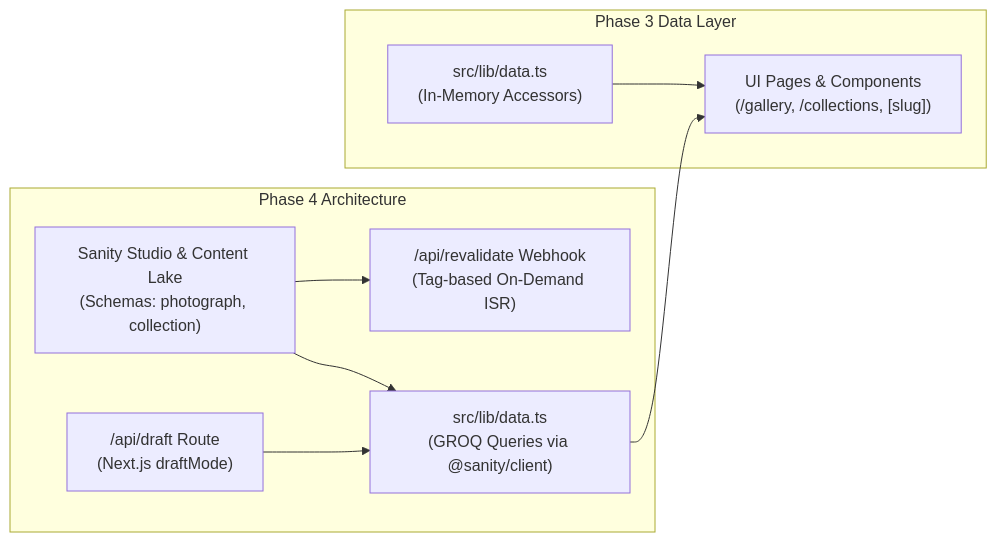
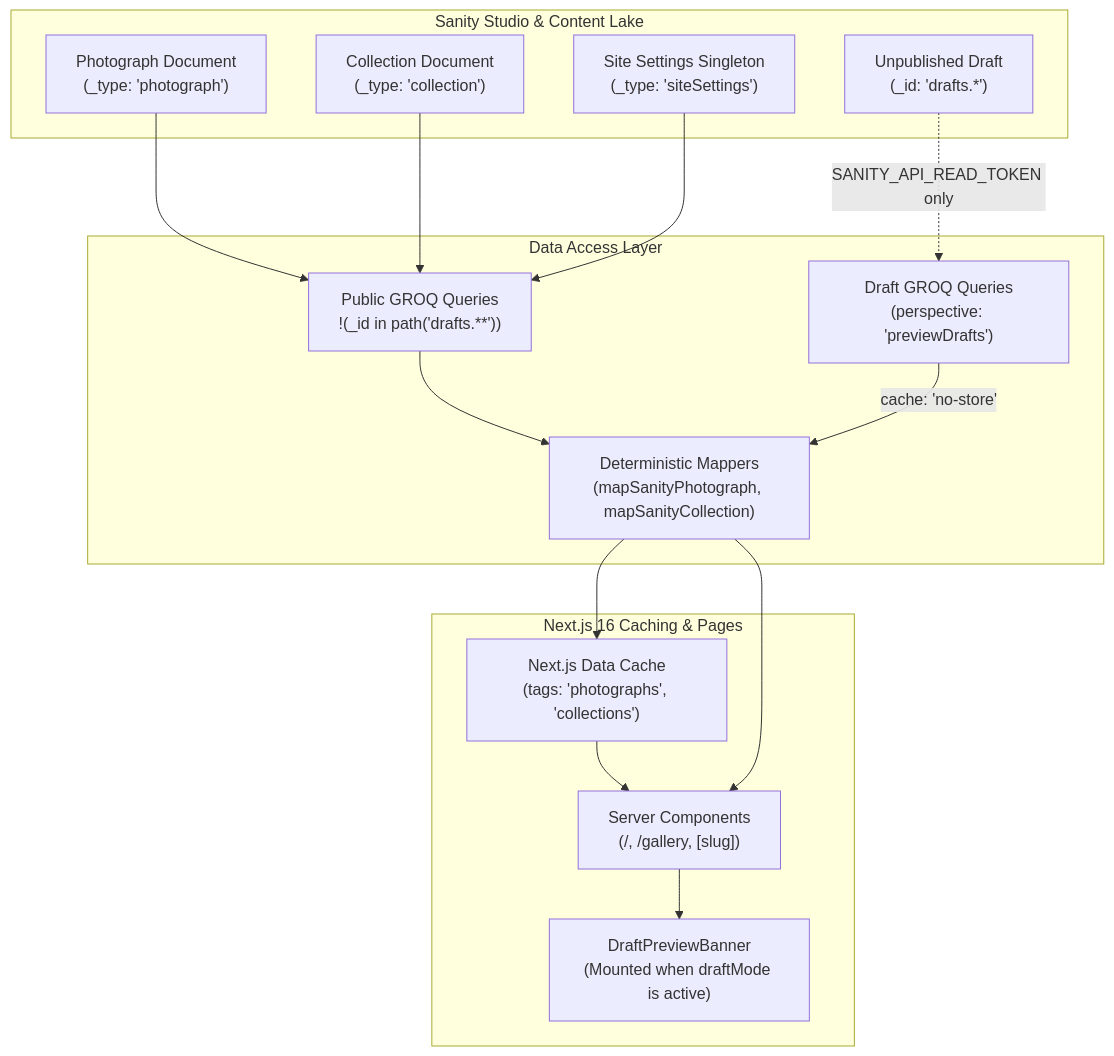
One commit to imharikrishnan/photography-portfolio changed the diagram in PROJECT_CONTEXT.md. Above: the diagram before and after it, drawn with Mermaid. The commit also changed other lines of this file and 45 other files, not shown here.

````diff
--- a/PROJECT_CONTEXT.md
+++ b/PROJECT_CONTEXT.md
@@ -251,19 +152,30 @@
 ```mermaid
-flowchart LR
-    subgraph Phase 3 Data Layer
-        M["src/lib/data.ts<br/>(In-Memory Accessors)"]
-        UI["UI Pages & Components<br/>(/gallery, /collections, [slug])"]
-        M --> UI
+flowchart TD
+    subgraph Sanity Studio & Content Lake
+        DocPhoto["Photograph Document<br/>(_type: 'photograph')"]
+        DocCol["Collection Document<br/>(_type: 'collection')"]
+        DocSite["Site Settings Singleton<br/>(_type: 'siteSettings')"]
+        DraftDoc["Unpublished Draft<br/>(_id: 'drafts.*')"]
     end
 
-    subgraph Phase 4 Architecture
-        Sanity["Sanity Studio & Content Lake<br/>(Schemas: photograph, collection)"]
-        Hook["/api/revalidate Webhook<br/>(Tag-based On-Demand ISR)"]
-        Preview["/api/draft Route<br/>(Next.js draftMode)"]
-        Client["src/lib/data.ts<br/>(GROQ Queries via @sanity/client)"]
-        Sanity --> Client
-        Sanity --> Hook
-        Preview --> Client
-        Client --> UI
+    subgraph Data Access Layer
+        PublicQueries["Public GROQ Queries<br/>!(_id in path('drafts.**'))"]
+        DraftQueries["Draft GROQ Queries<br/>(perspective: 'previewDrafts')"]
+        Mappers["Deterministic Mappers<br/>(mapSanityPhotograph, mapSanityCollection)"]
     end
+
+    subgraph Next.js 16 Caching & Pages
+        Cache["Next.js Data Cache<br/>(tags: 'photographs', 'collections')"]
+        Pages["Server Components<br/>(/, /gallery, [slug])"]
+        PreviewBanner["DraftPreviewBanner<br/>(Mounted when draftMode is active)"]
+    end
+
+    DocPhoto --> PublicQueries
+    DocCol --> PublicQueries
+    DocSite --> PublicQueries
+    DraftDoc -.->|SANITY_API_READ_TOKEN only| DraftQueries
+
+    PublicQueries --> Mappers --> Cache --> Pages
+    DraftQueries -->|cache: 'no-store'| Mappers --> Pages
+    Pages --> PreviewBanner
 ```
````
